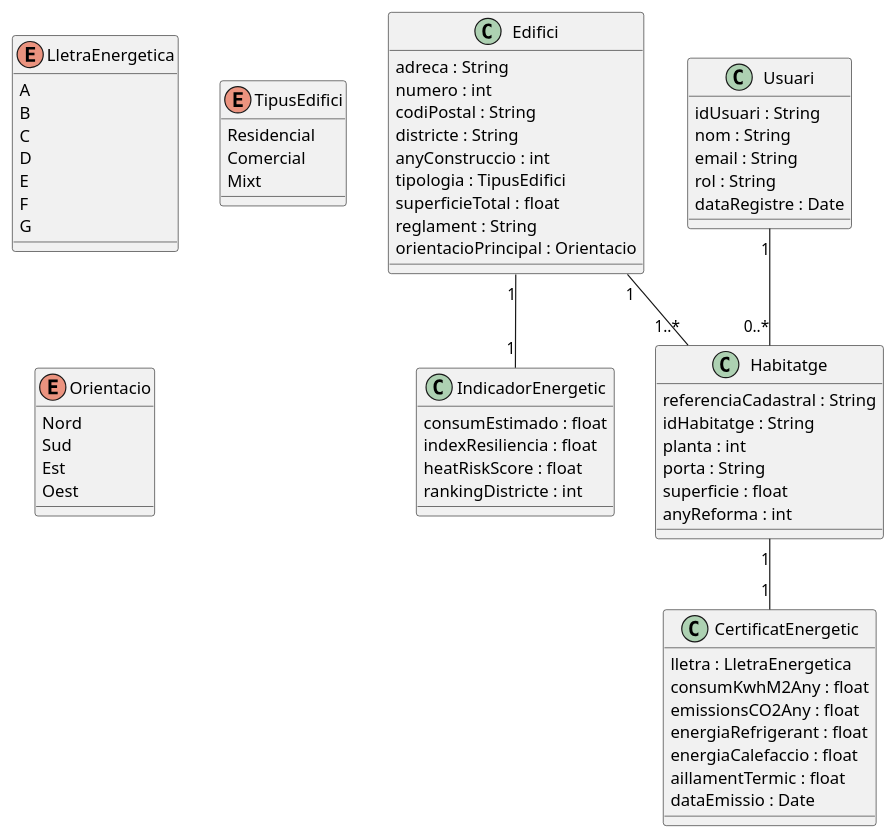
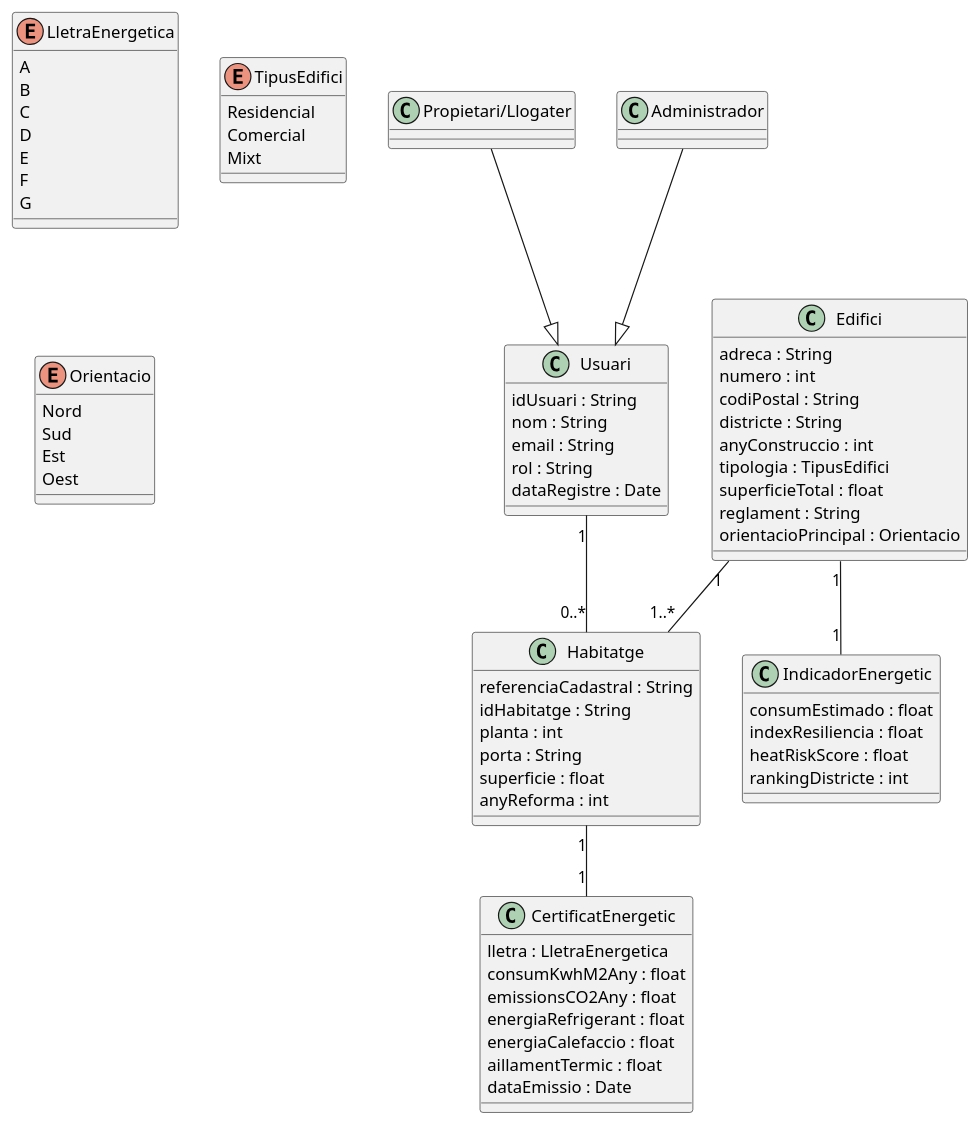
Before and after one commit to ScoreLab-Team/Backend-BuildRank: the diagram in src/diagram.puml, drawn with PlantUML.

Commit message:
afegir herència d'usuari

```diff
--- a/src/diagram.puml
+++ b/src/diagram.puml
@@ -1,78 +1,83 @@
 @startuml
 
 class Edifici {
   adreca : String
   numero : int
   codiPostal : String
   districte : String
   anyConstruccio : int
   tipologia : TipusEdifici
   superficieTotal : float
   reglament : String
   orientacioPrincipal : Orientacio
 }
 
 class Habitatge {
   referenciaCadastral : String
   idHabitatge : String
   planta : int
   porta : String
   superficie : float
   anyReforma : int
 }
 
 class CertificatEnergetic {
   lletra : LletraEnergetica
   consumKwhM2Any : float
   emissionsCO2Any : float
   energiaRefrigerant : float
   energiaCalefaccio : float
   aillamentTermic : float
   dataEmissio : Date
 }
 
 class IndicadorEnergetic {
   consumEstimado : float
   indexResiliencia : float
   heatRiskScore : float
   rankingDistricte : int
 }
 
 class Usuari {
   idUsuari : String
   nom : String
   email : String
   rol : String
   dataRegistre : Date
 }
 
+class Propietari/Llogater{}
+class Administrador{}
+Administrador --|> Usuari
+"Propietari/Llogater" --|> Usuari
+
 enum LletraEnergetica {
   A
   B
   C
   D
   E
   F
   G
 }
 
 enum TipusEdifici {
   Residencial
   Comercial
   Mixt
 }
 
 enum Orientacio {
   Nord
   Sud
   Est
   Oest
 }
 
 ' Relacions
 Edifici "1" -- "1..*" Habitatge
 Habitatge "1" -- "1" CertificatEnergetic
 Edifici "1" -- "1" IndicadorEnergetic
 Usuari "1" -- "0..*" Habitatge
 
 @enduml
```
